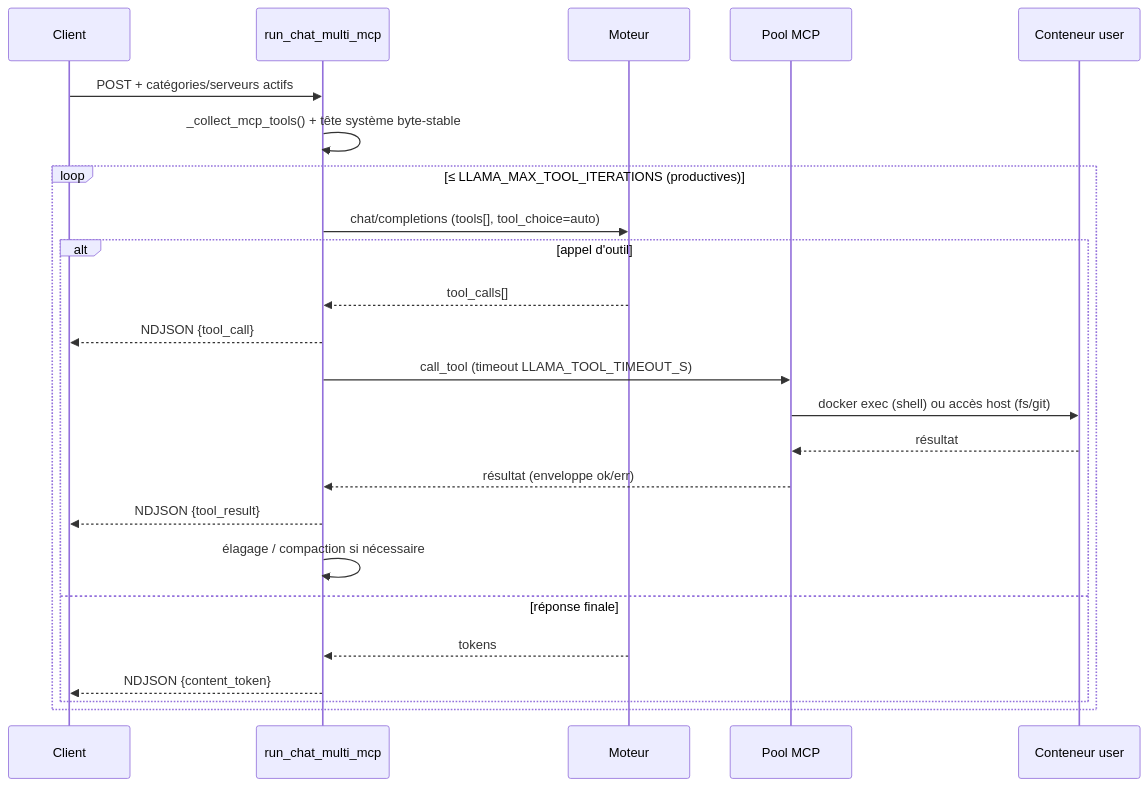
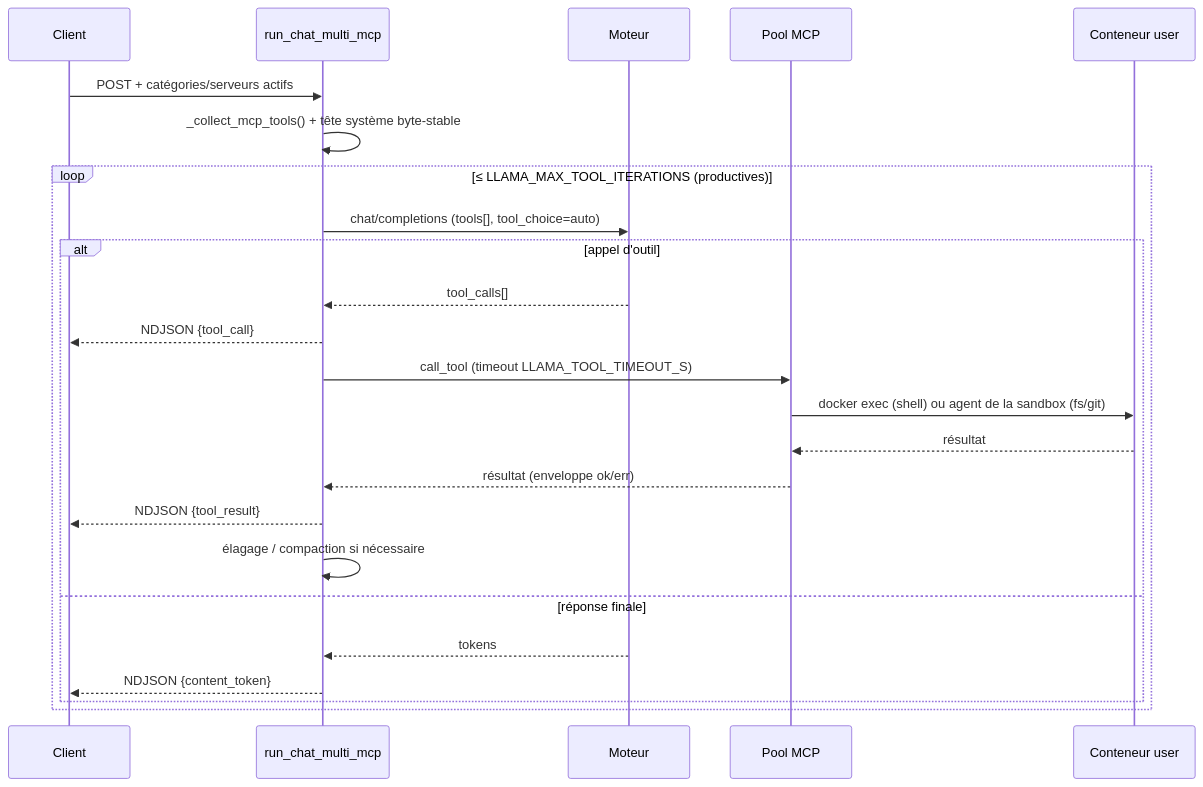
The tenth of 15 diagrams in docs/architecture.md (toto-fou/Elpis), drawn with Mermaid before and after one commit. The commit also changed other lines of this file and 18 other files, not shown here.

First line of the commit message:
Git par l'agent (L4.4, 9/n) : retours de relecture

````diff
--- a/docs/architecture.md
+++ b/docs/architecture.md
@@ -899,26 +899,26 @@
 ```mermaid
 sequenceDiagram
     participant C as Client
     participant A as run_chat_multi_mcp
     participant L as Moteur
     participant M as Pool MCP
     participant S as Conteneur user
     C->>A: POST + catégories/serveurs actifs
     A->>A: _collect_mcp_tools() + tête système byte-stable
     loop ≤ LLAMA_MAX_TOOL_ITERATIONS (productives)
         A->>L: chat/completions (tools[], tool_choice=auto)
         alt appel d'outil
             L-->>A: tool_calls[]
             A-->>C: NDJSON {tool_call}
             A->>M: call_tool (timeout LLAMA_TOOL_TIMEOUT_S)
-            M->>S: docker exec (shell) ou accès host (fs/git)
+            M->>S: docker exec (shell) ou agent de la sandbox (fs/git)
             S-->>M: résultat
             M-->>A: résultat (enveloppe ok/err)
             A-->>C: NDJSON {tool_result}
             A->>A: élagage / compaction si nécessaire
         else réponse finale
             L-->>A: tokens
             A-->>C: NDJSON {content_token}
         end
     end
 ```
````
